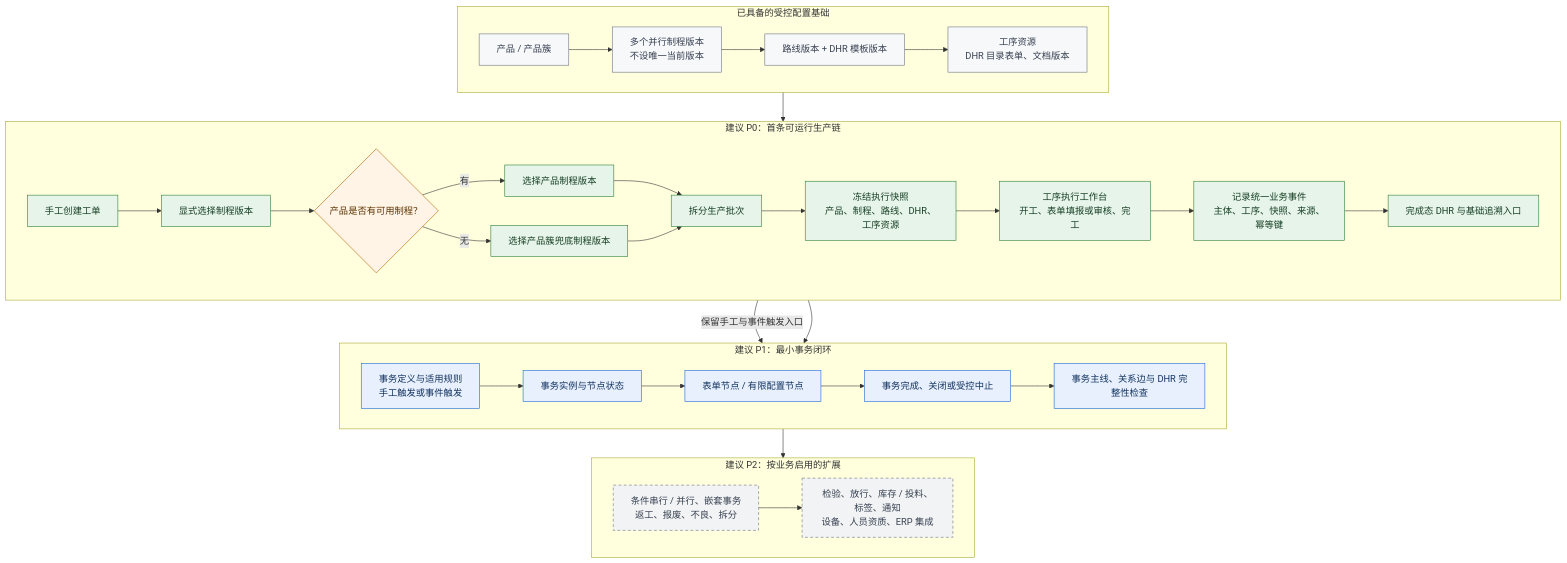
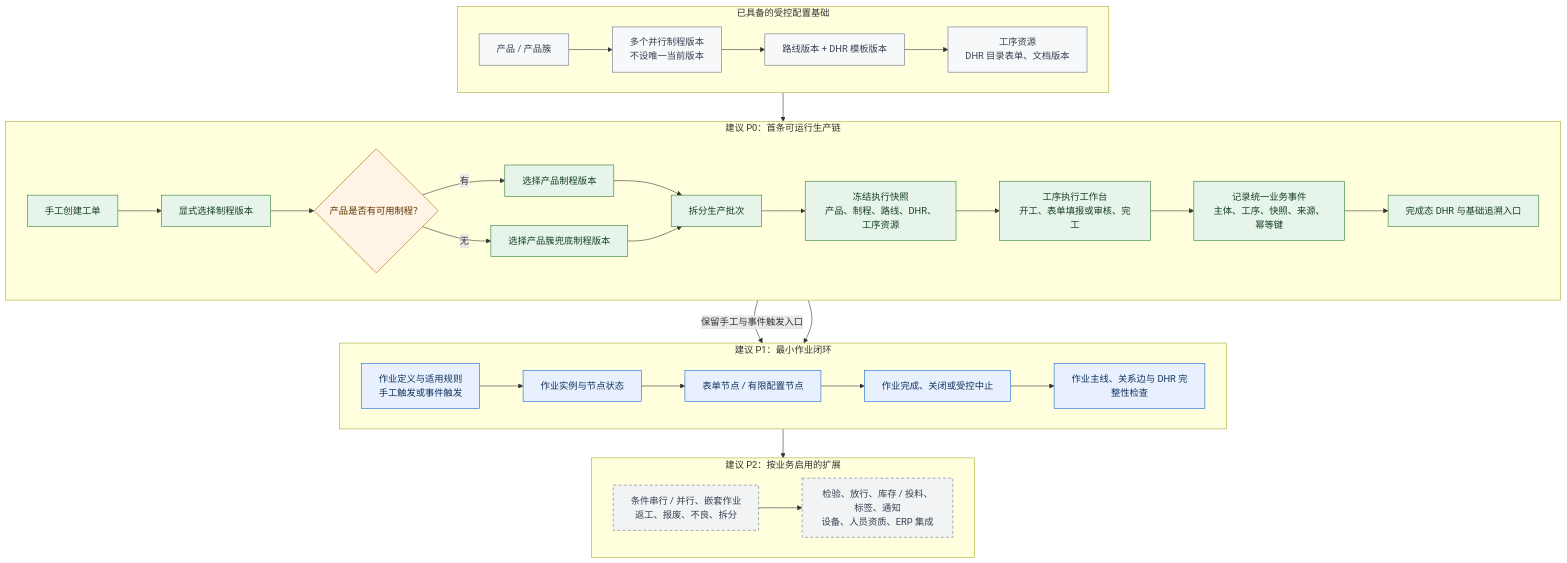
The diagram in docs/reference-assets/diagrams/edhr-target-production-execution-workflow.mmd (IvenYi/edhr-nexus-frontend), drawn with Mermaid before and after one commit. The commit also changed 87 other files, not shown here.

```diff
--- a/docs/reference-assets/diagrams/edhr-target-production-execution-workflow.mmd
+++ b/docs/reference-assets/diagrams/edhr-target-production-execution-workflow.mmd
@@ -1,45 +1,45 @@
-%% eDHR 推荐生产与事务演进链路
-%% 绿色 = 建议 P0 首条可运行生产链；蓝色 = 建议 P1 受控事务闭环；灰色虚线 = 建议 P2 扩展。
+%% eDHR 推荐生产与作业演进链路
+%% 绿色 = 建议 P0 首条可运行生产链；蓝色 = 建议 P1 受控作业闭环；灰色虚线 = 建议 P2 扩展。
 %% 所有 P0/P1/P2 均为内部研发建议，不是当前产品功能或客户承诺。
 flowchart TB
     classDef p0 fill:#e6f4ea,stroke:#2e7d32,color:#173f24,stroke-width:1px;
     classDef p1 fill:#e8f0fe,stroke:#1967d2,color:#12335e,stroke-width:1px;
     classDef p2 fill:#f1f3f4,stroke:#6b7280,color:#374151,stroke-dasharray: 5 4;
     classDef decision fill:#fff4e5,stroke:#b06000,color:#5c3300,stroke-width:1px;
     classDef foundation fill:#f7f8fa,stroke:#6b7280,color:#374151,stroke-width:1px;
 
     subgraph FOUNDATION[已具备的受控配置基础]
         direction LR
         A["产品 / 产品簇"] --> B["多个并行制程版本<br/>不设唯一当前版本"] --> C["路线版本 + DHR 模板版本"] --> D["工序资源<br/>DHR 目录表单、文档版本"]
     end
 
     subgraph P0[建议 P0：首条可运行生产链]
         direction LR
         E["手工创建工单"] --> F["显式选择制程版本"] --> G{"产品是否有可用制程？"}
         G -->|有| H["选择产品制程版本"]
         G -->|无| I["选择产品簇兜底制程版本"]
         H --> J["拆分生产批次"]
         I --> J
         J --> K["冻结执行快照<br/>产品、制程、路线、DHR、工序资源"] --> L["工序执行工作台<br/>开工、表单填报或审核、完工"] --> M["记录统一业务事件<br/>主体、工序、快照、来源、幂等键"] --> N["完成态 DHR 与基础追溯入口"]
     end
 
-    subgraph P1[建议 P1：最小事务闭环]
+    subgraph P1[建议 P1：最小作业闭环]
         direction LR
-        O["事务定义与适用规则<br/>手工触发或事件触发"] --> P["事务实例与节点状态"] --> Q["表单节点 / 有限配置节点"] --> R["事务完成、关闭或受控中止"] --> S["事务主线、关系边与 DHR 完整性检查"]
+        O["作业定义与适用规则<br/>手工触发或事件触发"] --> P["作业实例与节点状态"] --> Q["表单节点 / 有限配置节点"] --> R["作业完成、关闭或受控中止"] --> S["作业主线、关系边与 DHR 完整性检查"]
     end
 
     subgraph P2[建议 P2：按业务启用的扩展]
         direction LR
-        T["条件串行 / 并行、嵌套事务<br/>返工、报废、不良、拆分"] --> U["检验、放行、库存 / 投料、标签、通知<br/>设备、人员资质、ERP 集成"]
+        T["条件串行 / 并行、嵌套作业<br/>返工、报废、不良、拆分"] --> U["检验、放行、库存 / 投料、标签、通知<br/>设备、人员资质、ERP 集成"]
     end
 
     D --> E
     L -->|"保留手工与事件触发入口"| O
     M --> S
     S --> T
 
     class A,B,C,D foundation;
     class E,F,H,I,J,K,L,M,N p0;
     class G decision;
     class O,P,Q,R,S p1;
     class T,U p2;
```
